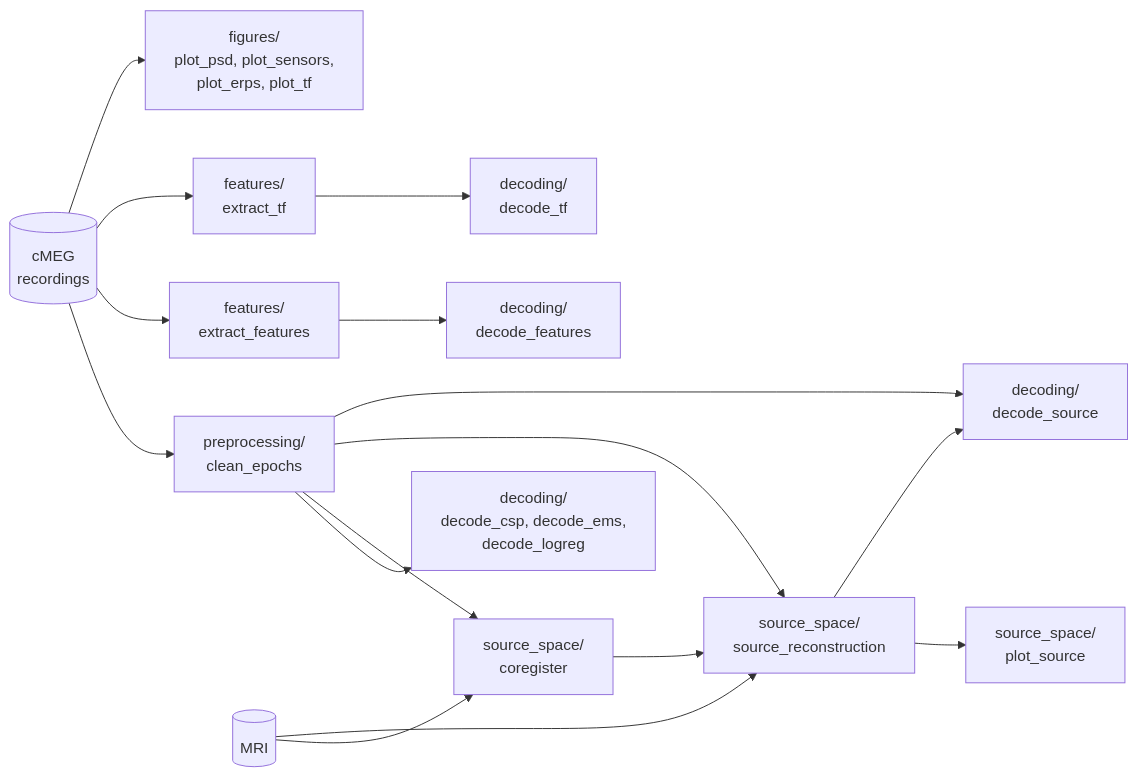
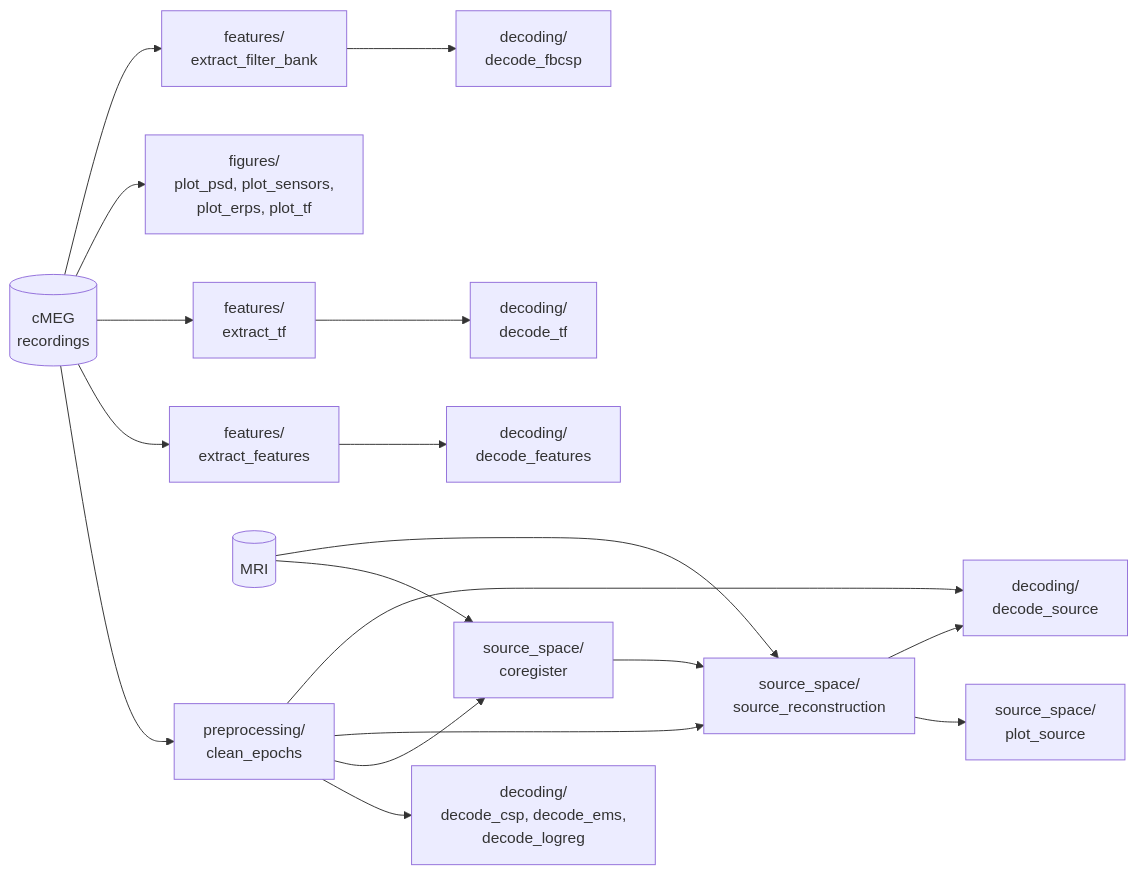
Before and after one commit to karahanyilmazer/opm-rps: the diagram in README.md, drawn with Mermaid. The commit also changed other lines of this file and 1 other file, not shown here.

First line of the commit message:
docs: Describe the CSP and filter bank CSP pipelines and their results

````diff
--- a/README.md
+++ b/README.md
@@ -56,18 +58,20 @@
 ```mermaid
 flowchart LR
     raw[(cMEG<br>recordings)] --> clean[preprocessing/<br>clean_epochs]
     raw --> feat[features/<br>extract_features]
     raw --> tf[features/<br>extract_tf]
     raw --> figs[figures/<br>plot_psd, plot_sensors,<br>plot_erps, plot_tf]
     clean --> dec[decoding/<br>decode_csp, decode_ems,<br>decode_logreg]
     clean --> coreg[source_space/<br>coregister]
     mri[(MRI)] --> coreg
     coreg --> src[source_space/<br>source_reconstruction]
     clean --> src
     mri --> src
     src --> plotsrc[source_space/<br>plot_source]
     src --> decsrc[decoding/<br>decode_source]
     clean --> decsrc
     feat --> decfeat[decoding/<br>decode_features]
     tf --> dectf[decoding/<br>decode_tf]
+    raw --> fb[features/<br>extract_filter_bank]
+    fb --> decfb[decoding/<br>decode_fbcsp]
 ```
````
